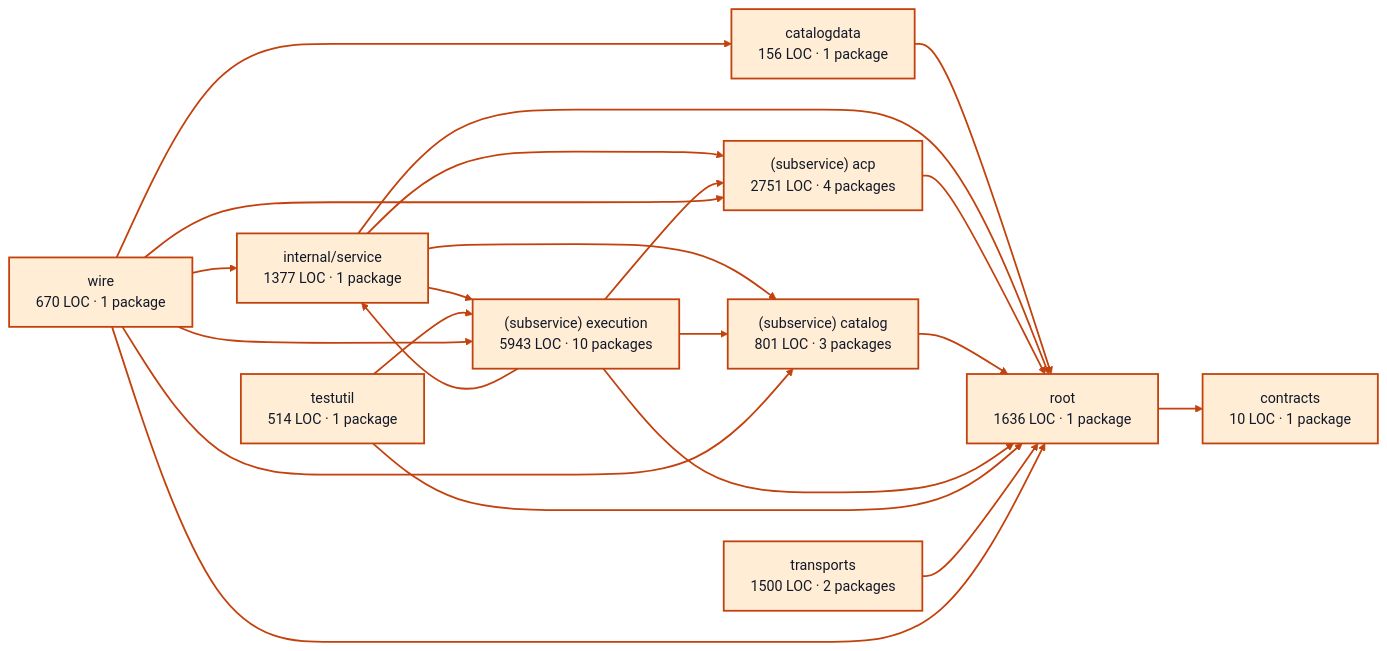
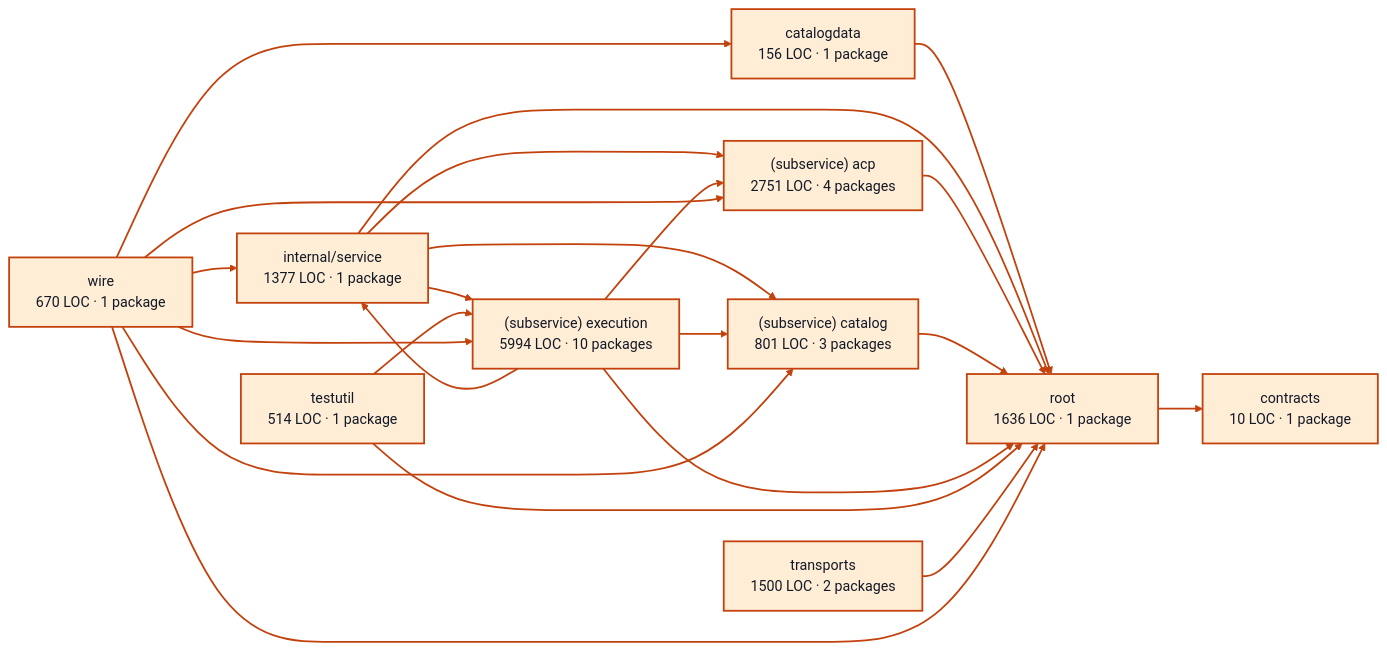
The diagram in docs/architecture/visualizations/services/providers.md (portpowered/you-agent-factory), drawn with Mermaid before and after one commit. The commit also changed other lines of this file and 20 other files, not shown here.

Commit message:
docs: refresh backend architecture visualizations

````diff
--- a/docs/architecture/visualizations/services/providers.md
+++ b/docs/architecture/visualizations/services/providers.md
@@ -11,45 +11,45 @@
 ```mermaid
 flowchart LR
   p0["catalogdata<br/>156 LOC · 1 package"]
   p1["contracts<br/>10 LOC · 1 package"]
   p2["internal/service<br/>1377 LOC · 1 package"]
   p3["(subservice) acp<br/>2751 LOC · 4 packages"]
   p4["(subservice) catalog<br/>801 LOC · 3 packages"]
-  p5["(subservice) execution<br/>5943 LOC · 10 packages"]
+  p5["(subservice) execution<br/>5994 LOC · 10 packages"]
   p6["testutil<br/>514 LOC · 1 package"]
   p7["root<br/>1636 LOC · 1 package"]
   p8["transports<br/>1500 LOC · 2 packages"]
   p9["wire<br/>670 LOC · 1 package"]
   p0 --> p7
   p2 --> p3
   p2 --> p4
   p2 --> p5
   p2 --> p7
   p3 --> p7
   p4 --> p7
   p5 --> p2
   p5 --> p3
   p5 --> p4
   p5 --> p7
   p6 --> p5
   p6 --> p7
   p7 --> p1
   p8 --> p7
   p9 --> p0
   p9 --> p2
   p9 --> p3
   p9 --> p4
   p9 --> p5
   p9 --> p7
   style p0 fill:#ffedd5,stroke:#c2410c,stroke-width:2px,color:#111827
   style p1 fill:#ffedd5,stroke:#c2410c,stroke-width:2px,color:#111827
   style p2 fill:#ffedd5,stroke:#c2410c,stroke-width:2px,color:#111827
   style p3 fill:#ffedd5,stroke:#c2410c,stroke-width:2px,color:#111827
   style p4 fill:#ffedd5,stroke:#c2410c,stroke-width:2px,color:#111827
   style p5 fill:#ffedd5,stroke:#c2410c,stroke-width:2px,color:#111827
   style p6 fill:#ffedd5,stroke:#c2410c,stroke-width:2px,color:#111827
   style p7 fill:#ffedd5,stroke:#c2410c,stroke-width:2px,color:#111827
   style p8 fill:#ffedd5,stroke:#c2410c,stroke-width:2px,color:#111827
   style p9 fill:#ffedd5,stroke:#c2410c,stroke-width:2px,color:#111827
   linkStyle default stroke:#c2410c,stroke-width:2px
 ```
````
